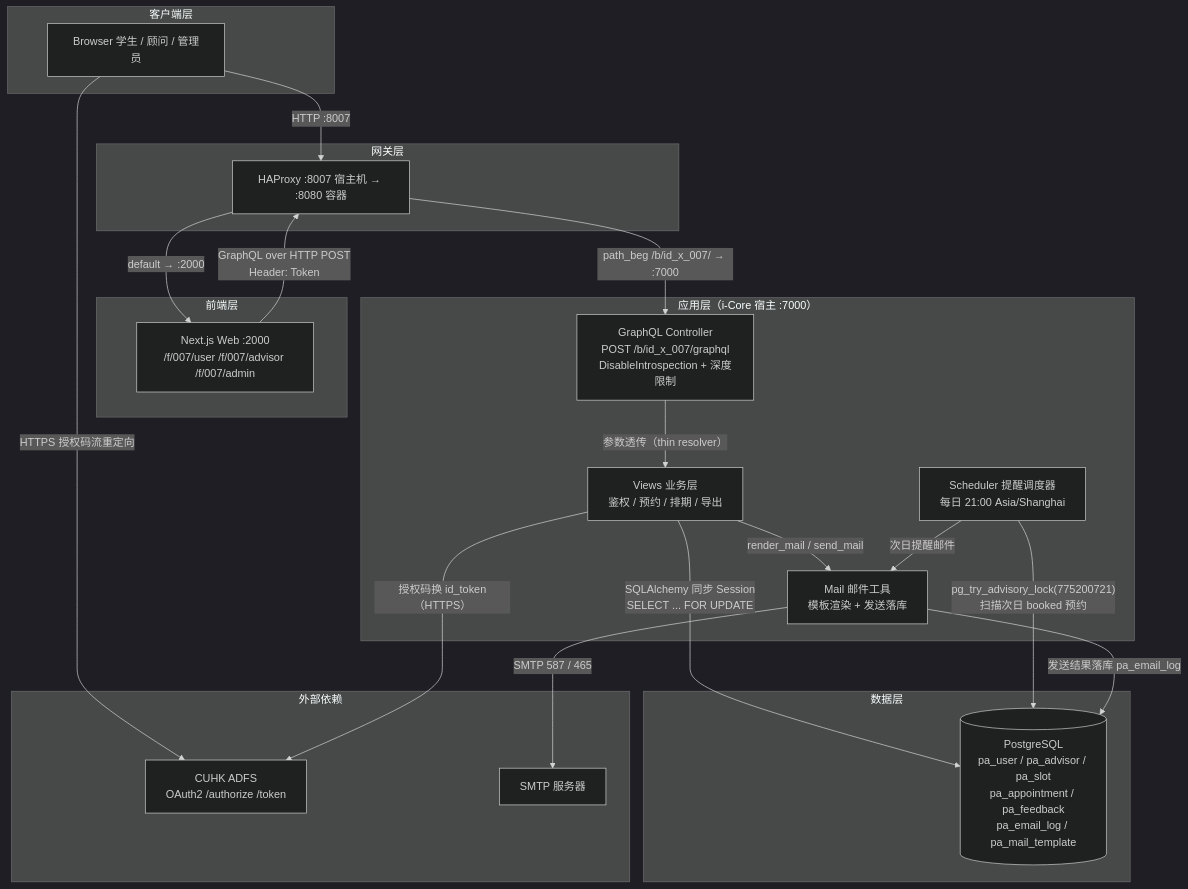
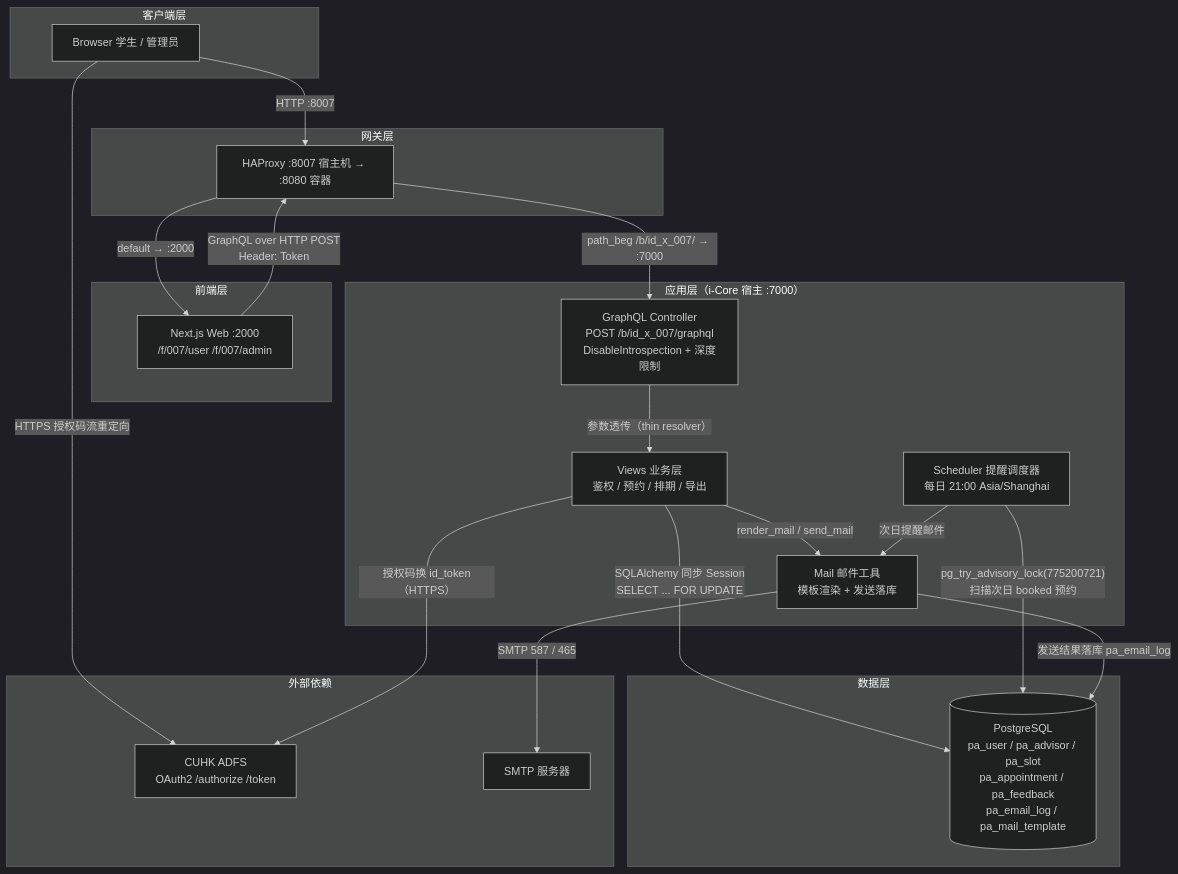
The first of 2 diagrams in README.md (i-TorchLabs/id_x_007), drawn with Mermaid (dark theme) before and after one commit. The commit also changed other lines of this file and 64 other files, not shown here.

````diff
--- a/README.md
+++ b/README.md
@@ -62,44 +62,44 @@
 ```mermaid
 graph TD
     subgraph 客户端层
-        B[Browser 学生 / 顾问 / 管理员]
+        B[Browser 学生 / 管理员]
     end
 
     subgraph 网关层
         H[HAProxy :8007 宿主机 → :8080 容器]
     end
 
     subgraph 前端层
-        W["Next.js Web :2000<br/>/f/007/user /f/007/advisor /f/007/admin"]
+        W["Next.js Web :2000<br/>/f/007/user /f/007/admin"]
     end
 
     subgraph 应用层["应用层（i-Core 宿主 :7000）"]
         GC["GraphQL Controller<br/>POST /b/id_x_007/graphql<br/>DisableIntrospection + 深度限制"]
         V["Views 业务层<br/>鉴权 / 预约 / 排期 / 导出"]
         SCH["Scheduler 提醒调度器<br/>每日 21:00 Asia/Shanghai"]
         MAIL["Mail 邮件工具<br/>模板渲染 + 发送落库"]
     end
 
     subgraph 数据层
         PG[("PostgreSQL<br/>pa_user / pa_advisor / pa_slot<br/>pa_appointment / pa_feedback<br/>pa_email_log / pa_mail_template")]
     end
 
     subgraph 外部依赖
         ADFS["CUHK ADFS<br/>OAuth2 /authorize /token"]
         SMTP["SMTP 服务器"]
     end
 
     B -- "HTTP :8007" --> H
     H -- "path_beg /b/id_x_007/ → :7000" --> GC
     H -- "default → :2000" --> W
     W -- "GraphQL over HTTP POST<br/>Header: Token" --> H
     B -- "HTTPS 授权码流重定向" --> ADFS
     GC -- "参数透传（thin resolver）" --> V
     V -- "授权码换 id_token（HTTPS）" --> ADFS
     V -- "SQLAlchemy 同步 Session<br/>SELECT ... FOR UPDATE" --> PG
     V -- "render_mail / send_mail" --> MAIL
     SCH -- "pg_try_advisory_lock(775200721)<br/>扫描次日 booked 预约" --> PG
     SCH -- "次日提醒邮件" --> MAIL
     MAIL -- "SMTP 587 / 465" --> SMTP
     MAIL -- "发送结果落库 pa_email_log" --> PG
 ```
````
